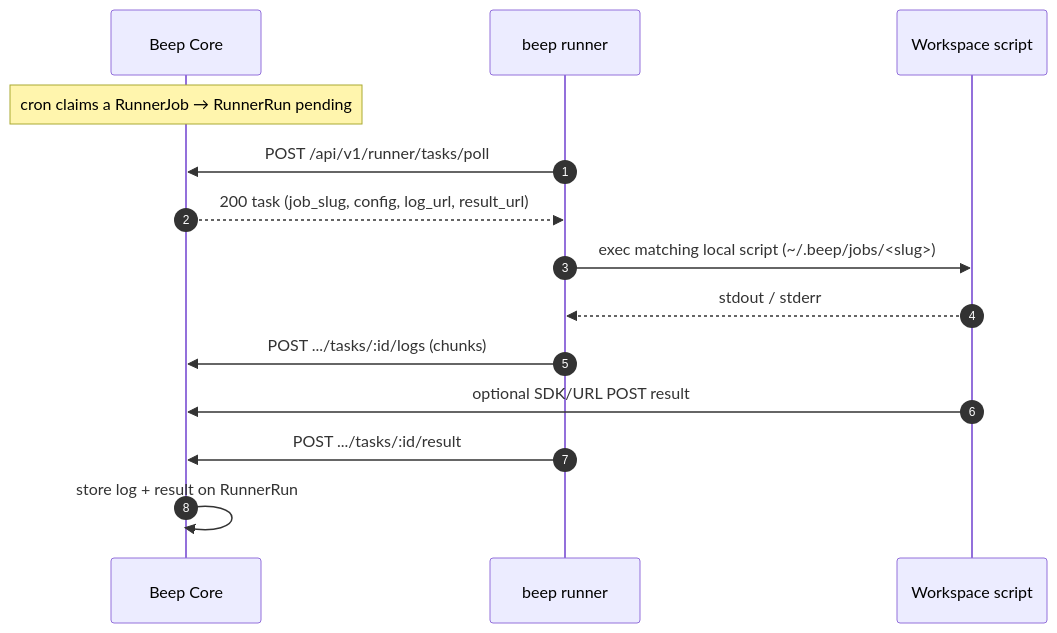
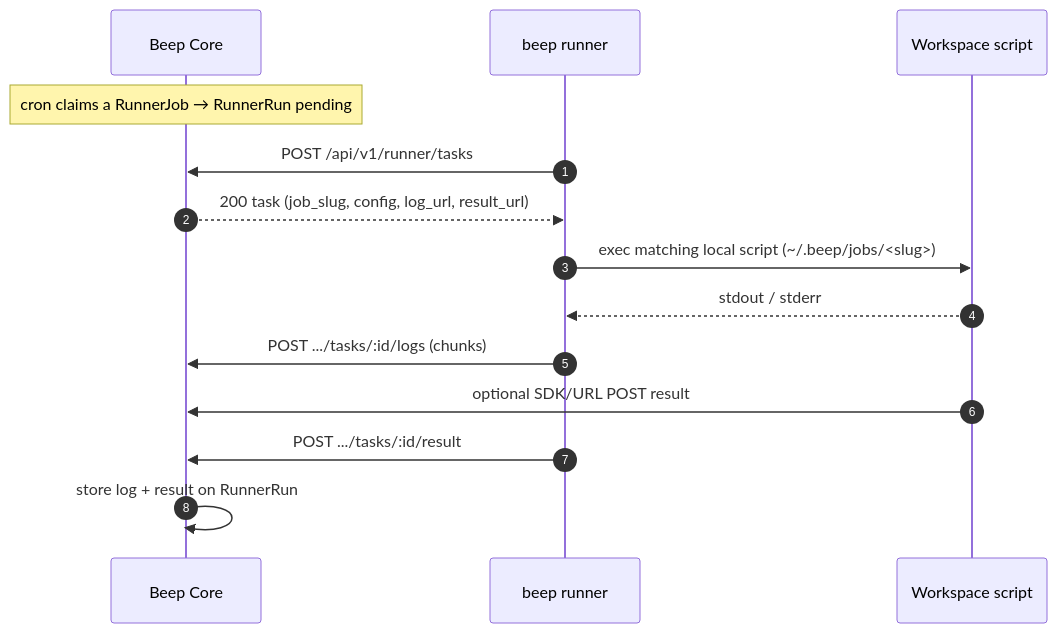
One commit to yuler/beep changed the diagram in docs/architecture/runner.md. Above: the diagram before and after it, drawn with Mermaid. The commit also changed other lines of this file and 39 other files, not shown here.

First line of the commit message:
🐛 [runner,core,web] Fix review findings for reclaim, tokens, and daemon lifecycle

````diff
--- a/docs/architecture/runner.md
+++ b/docs/architecture/runner.md
@@ -7,17 +7,17 @@
 ```mermaid
 sequenceDiagram
   autonumber
   participant Core as Beep Core
   participant Runner as beep runner
   participant Script as Workspace script
 
   Note over Core: cron claims a RunnerJob → RunnerRun pending
-  Runner->>Core: POST /api/v1/runner/tasks/poll
+  Runner->>Core: POST /api/v1/runner/tasks
   Core-->>Runner: 200 task (job_slug, config, log_url, result_url)
   Runner->>Script: exec matching local script (~/.beep/jobs/<slug>)
   Script-->>Runner: stdout / stderr
   Runner->>Core: POST .../tasks/:id/logs (chunks)
   Script->>Core: optional SDK/URL POST result
   Runner->>Core: POST .../tasks/:id/result
   Core->>Core: store log + result on RunnerRun
 ```
````
